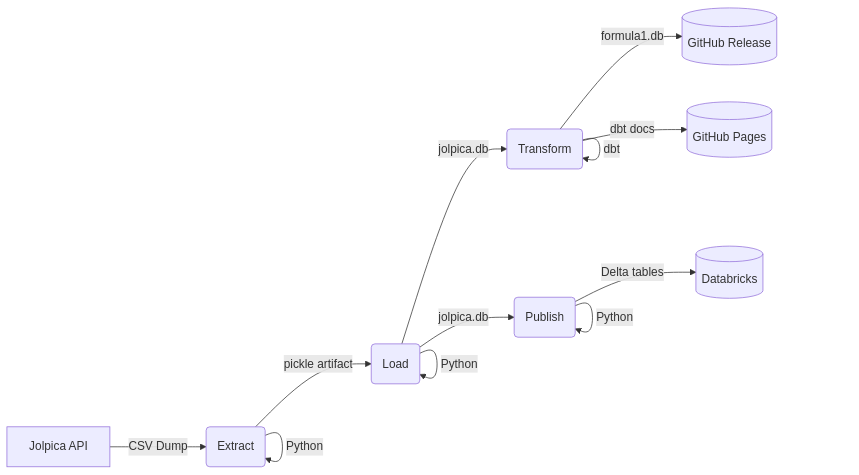
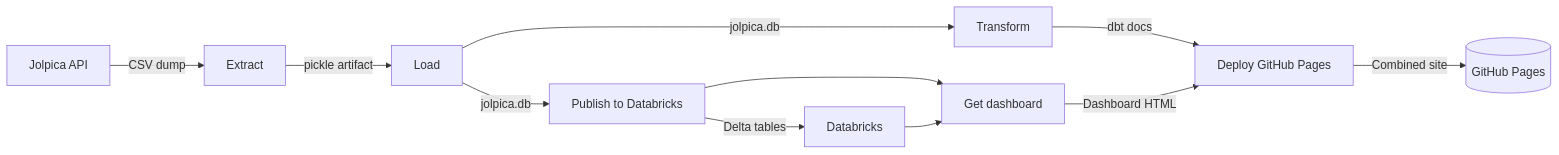
Before and after one commit to jmr-lab/f1-elt-pipeline: the first of 3 diagrams in README.md, drawn with Mermaid.

````diff
--- a/README.md
+++ b/README.md
@@ -25,15 +25,13 @@
 ```mermaid
 flowchart LR
-    A[Jolpica API] -->|CSV Dump| B(Extract)
-    B -->|pickle artifact| C(Load)
-    C -->|jolpica.db| D(Transform)
-    C -->|jolpica.db| F(Publish)
-    D -->|formula1.db| E[(GitHub Release)]
-    D -->|dbt docs| G[(GitHub Pages)]
-    F -->|Delta tables| H[(Databricks)]
-
-    B -->|Python| B
-    C -->|Python| C
-    D -->|dbt| D
-    F -->|Python| F
+    A[Jolpica API] -->|CSV dump| B[Extract]
+    B -->|pickle artifact| C[Load]
+    C -->|jolpica.db| D[Transform]
+    C -->|jolpica.db| F[Publish to Databricks]
+    D -->|dbt docs| H[Deploy GitHub Pages]
+    F -->|Delta tables| G[Databricks]
+    F --> I[Get dashboard]
+    G --> I
+    I -->|Dashboard HTML| H
+    H -->|Combined site| J[(GitHub Pages)]
 ```
````
